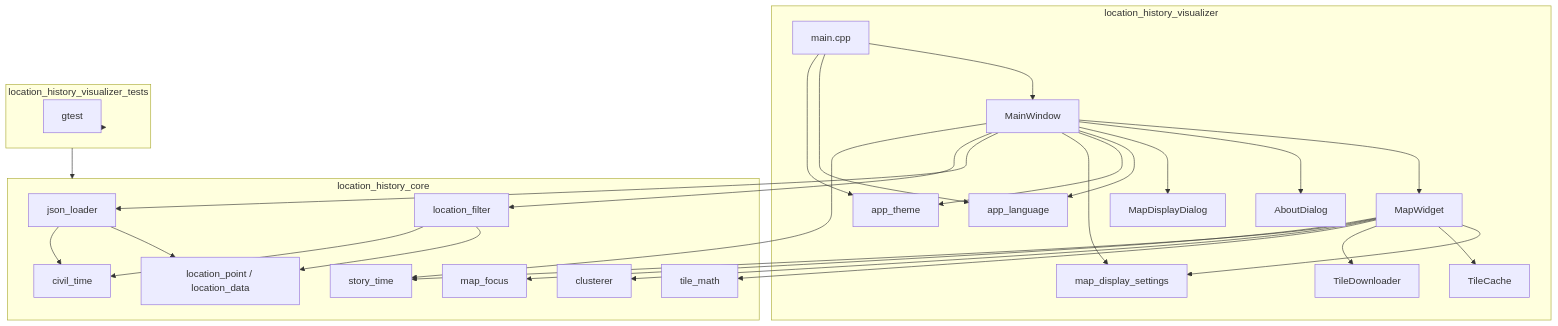
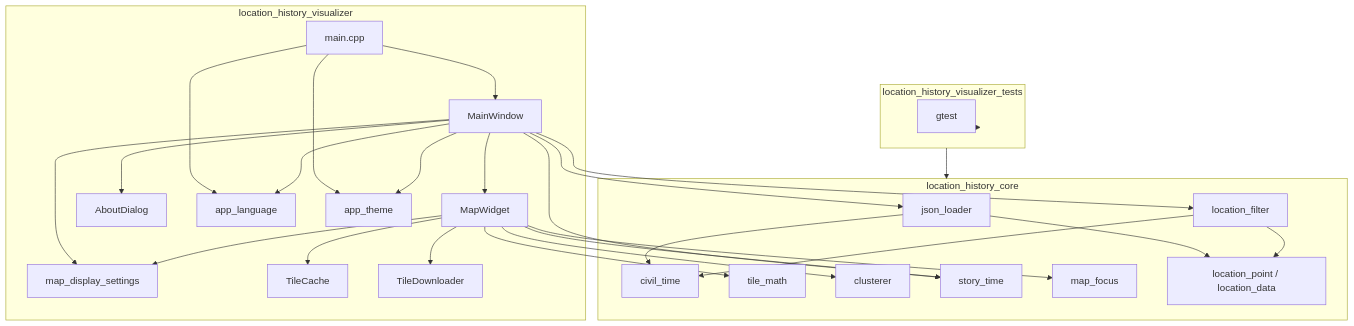
One commit to ViezTrinker/location-history-visualizer changed the first of 2 diagrams in doc/architecture.md. Above: the diagram before and after it, drawn with Mermaid. The commit also changed 24 other files, not shown here.

````diff
--- a/doc/architecture.md
+++ b/doc/architecture.md
@@ -11,56 +11,54 @@
 ```mermaid
 flowchart TB
   subgraph app [location_history_visualizer]
     mainCpp[main.cpp]
     mainWindow[MainWindow]
     mapWidget[MapWidget]
     aboutDialog[AboutDialog]
-    mapDisplayDialog[MapDisplayDialog]
     appLanguage[app_language]
     appTheme[app_theme]
     mapDisplaySettings[map_display_settings]
     tileCache[TileCache]
     tileDownloader[TileDownloader]
   end
 
   subgraph core [location_history_core]
     jsonLoader[json_loader]
     filter[location_filter]
     civilTime[civil_time]
     tileMath[tile_math]
     clusterer[clusterer]
     storyTime[story_time]
     mapFocus[map_focus]
     dataModel[location_point / location_data]
   end
 
   subgraph tests [location_history_visualizer_tests]
     gtest[gtest]
   end
 
   mainCpp --> mainWindow
   mainCpp --> appLanguage
   mainCpp --> appTheme
   mainWindow --> mapWidget
   mainWindow --> aboutDialog
-  mainWindow --> mapDisplayDialog
   mainWindow --> appLanguage
   mainWindow --> appTheme
   mainWindow --> mapDisplaySettings
   mapWidget --> mapDisplaySettings
   mainWindow --> jsonLoader
   mainWindow --> filter
   mainWindow --> storyTime
   mapWidget --> tileCache
   mapWidget --> tileDownloader
   mapWidget --> tileMath
   mapWidget --> clusterer
   mapWidget --> storyTime
   mapWidget --> mapFocus
   jsonLoader --> dataModel
   jsonLoader --> civilTime
   filter --> dataModel
   filter --> civilTime
   tests --> core
   tests --> gtest
 ```
````
